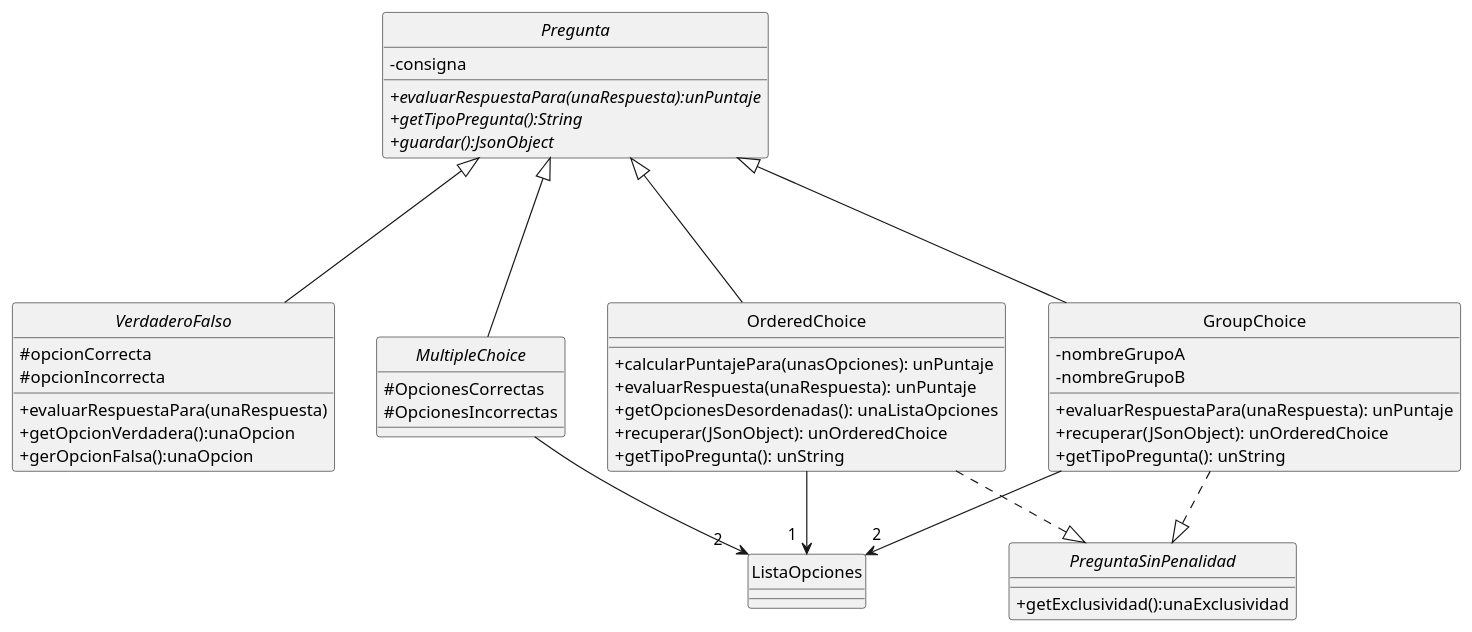
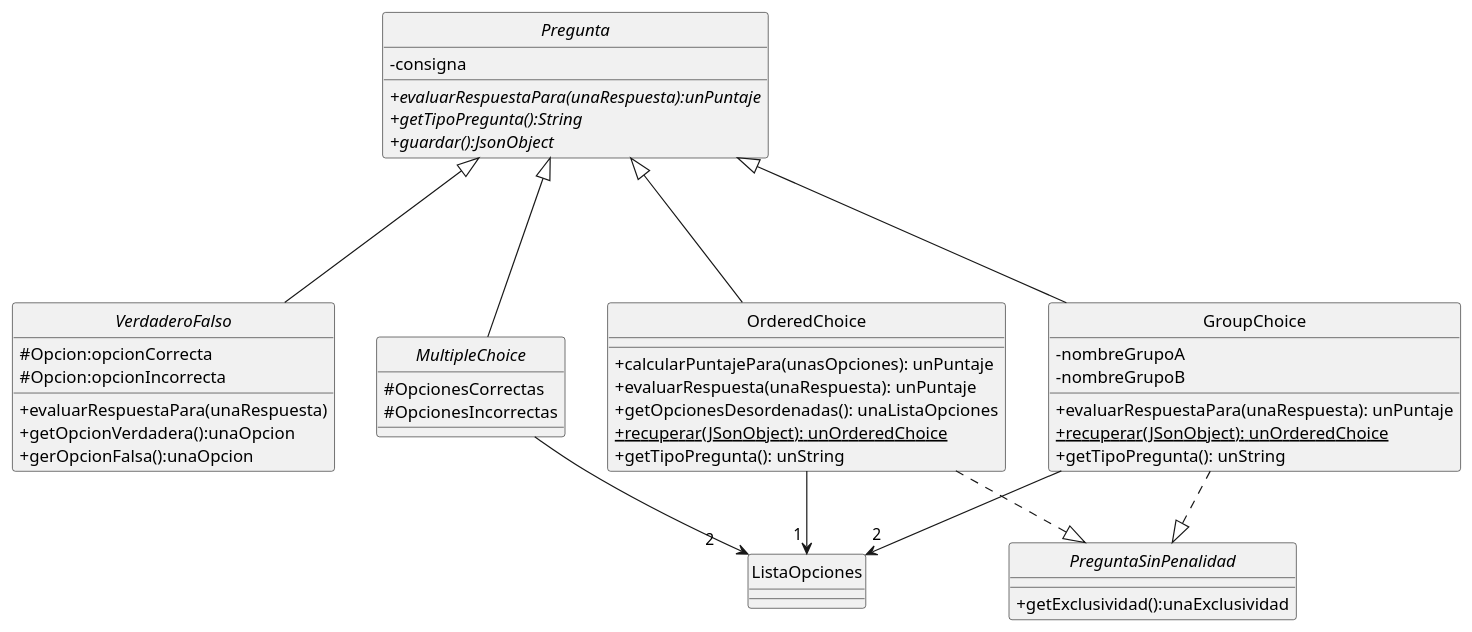
The diagram in Diagramas/DDC-Preguntas.puml (Tomymanoukian/AyPIII_TP2), drawn with PlantUML before and after one commit. The commit also changed 3 other files, not shown here.

Commit message:
Corrijo el diagrama

```diff
--- a/Diagramas/DDC-Preguntas.puml
+++ b/Diagramas/DDC-Preguntas.puml
@@ -1,59 +1,59 @@
 @startuml
 
 skinparam classAttributeIconSize 0
 skinparam shadowing false
 hide circle
 
 abstract class Pregunta {
     -consigna
     {abstract}+evaluarRespuestaPara(unaRespuesta):unPuntaje
     {abstract}+getTipoPregunta():String
     {abstract}+guardar():JsonObject
 }
 
 abstract class VerdaderoFalso {
-    #opcionCorrecta
-    #opcionIncorrecta
+    #Opcion:opcionCorrecta
+    #Opcion:opcionIncorrecta
     +evaluarRespuestaPara(unaRespuesta)
     +getOpcionVerdadera():unaOpcion
     +gerOpcionFalsa():unaOpcion
 }
 
 abstract class MultipleChoice {
     #OpcionesCorrectas
     #OpcionesIncorrectas
 }
 
 class OrderedChoice {
     +calcularPuntajePara(unasOpciones): unPuntaje
     +evaluarRespuesta(unaRespuesta): unPuntaje
     +getOpcionesDesordenadas(): unaListaOpciones
-    +recuperar(JSonObject): unOrderedChoice
+    {static} +recuperar(JSonObject): unOrderedChoice
     +getTipoPregunta(): unString
 }
 
 class GroupChoice {
     -nombreGrupoA
     -nombreGrupoB
     +evaluarRespuestaPara(unaRespuesta): unPuntaje
-    +recuperar(JSonObject): unOrderedChoice
+    {static} +recuperar(JSonObject): unOrderedChoice
     +getTipoPregunta(): unString
 }
 
 interface PreguntaSinPenalidad {
     +getExclusividad():unaExclusividad
 }
 
 Pregunta <|--- VerdaderoFalso
 Pregunta <|--- MultipleChoice
 Pregunta <|--- OrderedChoice
 Pregunta <|--- GroupChoice
 
-MultipleChoice --> "2    " ListaOpciones
-OrderedChoice --> "1  " ListaOpciones
-GroupChoice --> "  2" ListaOpciones
+MultipleChoice --> "2      " ListaOpciones
+OrderedChoice --> "1 " ListaOpciones
+GroupChoice --> "    2" ListaOpciones
 
  OrderedChoice ..|> PreguntaSinPenalidad
  GroupChoice ..|> PreguntaSinPenalidad
 
 @enduml
```
